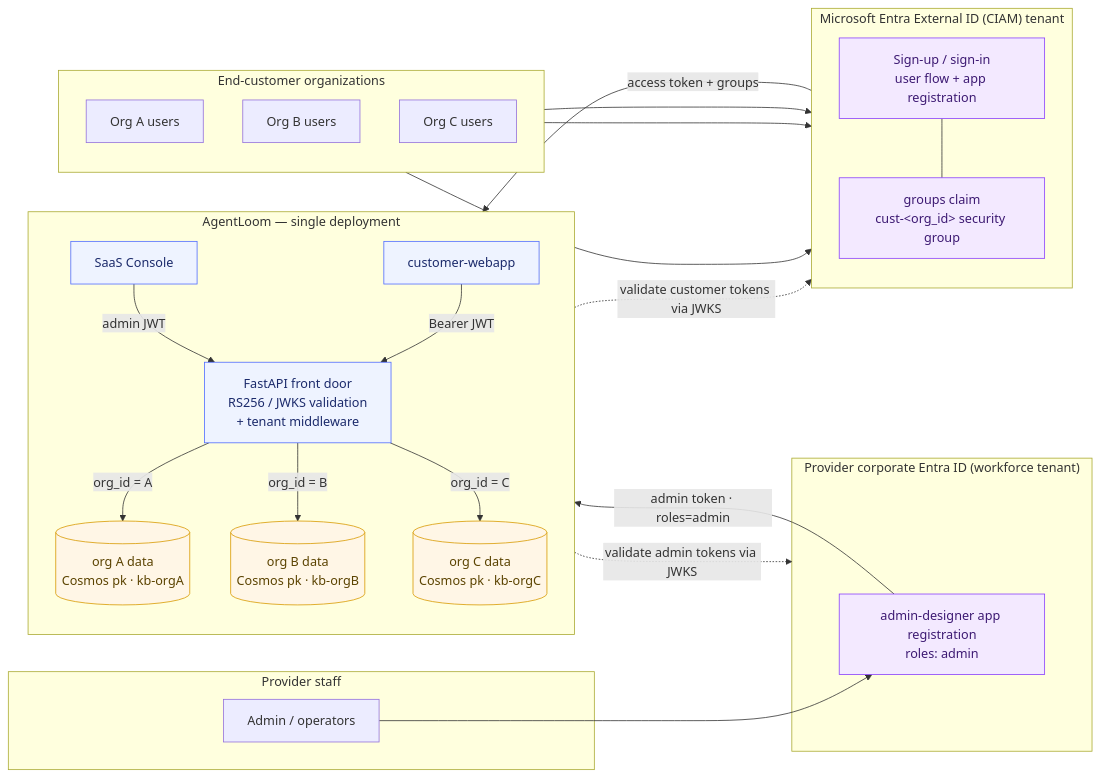
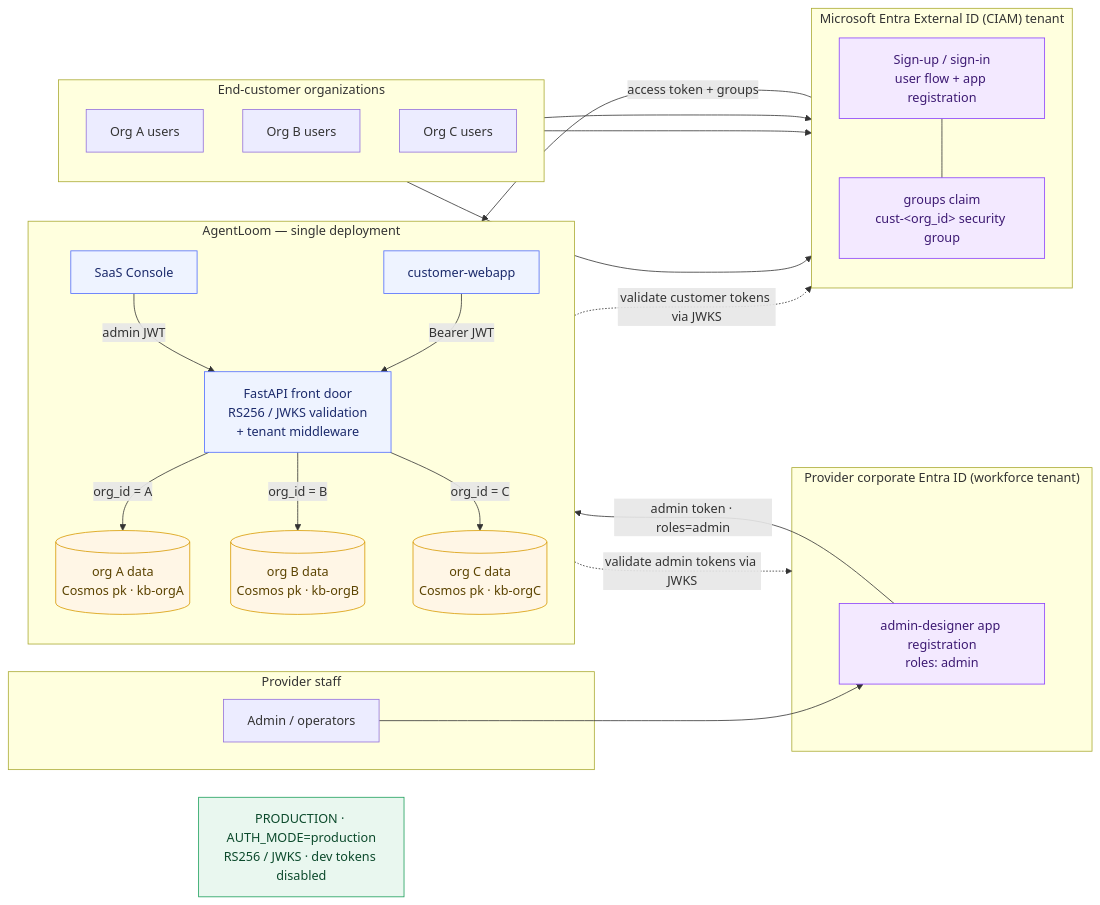
One commit to pietrobr/agent-loom changed the second of 3 diagrams in README.md. Above: the diagram before and after it, drawn with Mermaid. The commit also changed other lines of this file, not shown here.

Commit message:
feat: enhance authentication flow documentation with detailed JWT and auth modes

````diff
--- a/README.md
+++ b/README.md
@@ -130,55 +140,58 @@
 ```mermaid
 flowchart LR
+    PRODTAG["PRODUCTION · AUTH_MODE=production<br/>RS256 / JWKS · dev tokens disabled"]
     subgraph Admins["Provider staff"]
       OPS["Admin / operators"]
     end
     subgraph Orgs["End-customer organizations"]
       direction TB
       UA["Org A users"]
       UB["Org B users"]
       UC["Org C users"]
     end
 
     subgraph WF["Provider corporate Entra ID (workforce tenant)"]
       ADAPP["admin-designer app registration<br/>roles: admin"]
     end
 
     subgraph CIAM["Microsoft Entra External ID (CIAM) tenant"]
       direction TB
       UF["Sign-up / sign-in<br/>user flow + app registration"]
       CLAIM["groups claim<br/>cust-&lt;org_id&gt; security group"]
       UF --- CLAIM
     end
 
     subgraph Deploy["AgentLoom — single deployment"]
       direction TB
       AD["SaaS Console"]
       FE["customer-webapp"]
       API["FastAPI front door<br/>RS256 / JWKS validation<br/>+ tenant middleware"]
       DA[("org A data<br/>Cosmos pk · kb-orgA")]
       DB[("org B data<br/>Cosmos pk · kb-orgB")]
       DC[("org C data<br/>Cosmos pk · kb-orgC")]
     end
 
     OPS --> ADAPP
     UA --> UF
     UB --> UF
     UC --> UF
 
     ADAPP -- "admin token · roles=admin" --> AD
     CLAIM -- "access token + groups" --> FE
     AD -- "admin JWT" --> API
     FE -- "Bearer JWT" --> API
     API -. "validate admin tokens via JWKS" .-> WF
     API -. "validate customer tokens via JWKS" .-> CIAM
     API -- "org_id = A" --> DA
     API -- "org_id = B" --> DB
     API -- "org_id = C" --> DC
 
     classDef store fill:#fff6e6,stroke:#d89a00,color:#5b4300;
     classDef compute fill:#eef3ff,stroke:#4F6BFF,color:#1b2a6b;
     classDef idp fill:#f3e9ff,stroke:#8a3ffc,color:#3d1a73;
+    classDef prod fill:#e9f7ef,stroke:#1b9e5a,color:#0c4a2c;
     class DA,DB,DC store;
     class AD,FE,API compute;
     class UF,CLAIM,ADAPP idp;
+    class PRODTAG prod;
 ```
````
